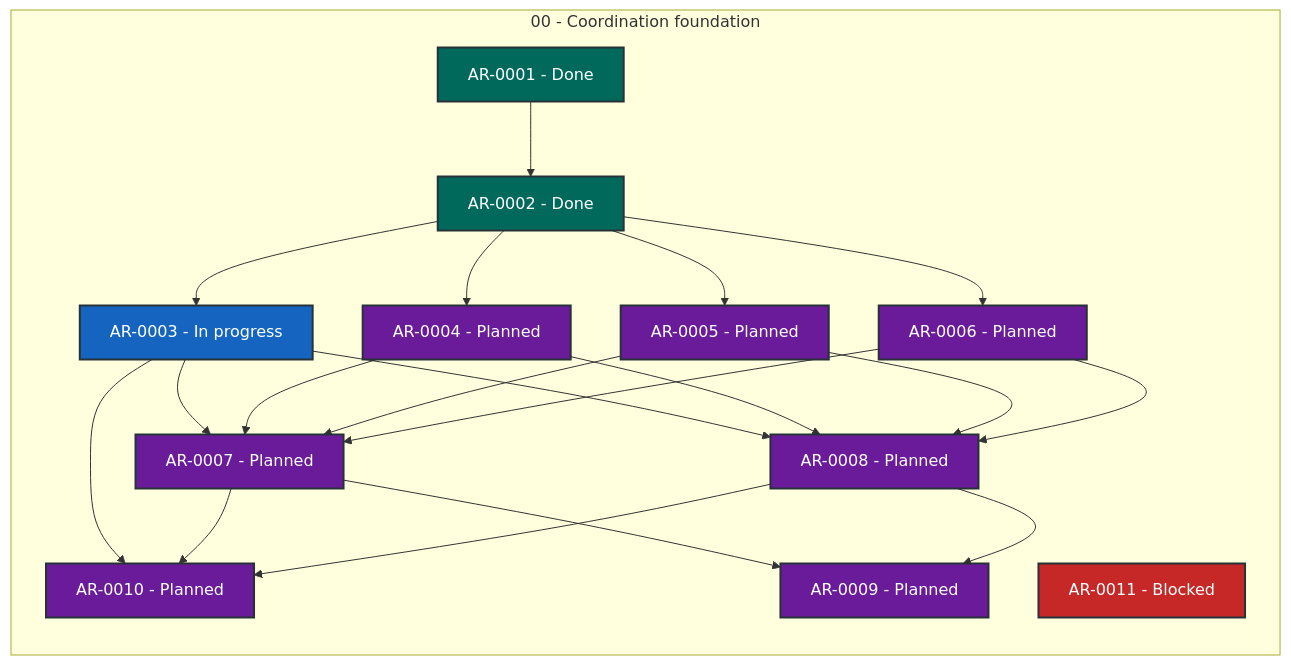
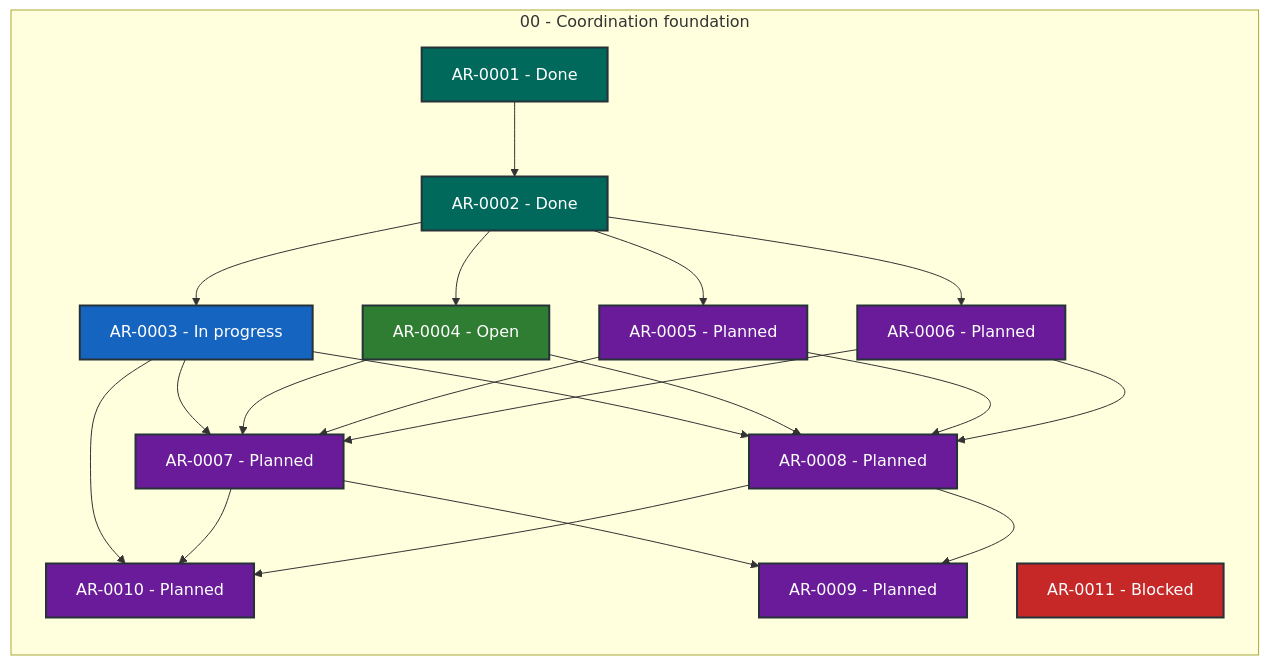
The diagram in STATUS.md (martin-beck/agent-workflow-coordinator-state), drawn with Mermaid before and after one commit. The commit also changed other lines of this file and 2 other files, not shown here.

````diff
--- a/STATUS.md
+++ b/STATUS.md
@@ -27,43 +27,43 @@
 ```mermaid
 flowchart LR
     subgraph series_00["00 - Coordination foundation"]
         direction TB
         AR_0001["AR-0001 - Done"]:::status_done
         AR_0002["AR-0002 - Done"]:::status_done
         AR_0003["AR-0003 - In progress"]:::status_in_progress
-        AR_0004["AR-0004 - Planned"]:::status_planned
+        AR_0004["AR-0004 - Open"]:::status_open
         AR_0005["AR-0005 - Planned"]:::status_planned
         AR_0006["AR-0006 - Planned"]:::status_planned
         AR_0007["AR-0007 - Planned"]:::status_planned
         AR_0008["AR-0008 - Planned"]:::status_planned
         AR_0009["AR-0009 - Planned"]:::status_planned
         AR_0010["AR-0010 - Planned"]:::status_planned
         AR_0011["AR-0011 - Blocked"]:::status_blocked
     end
     AR_0001 --> AR_0002
     AR_0002 --> AR_0003
     AR_0002 --> AR_0004
     AR_0002 --> AR_0005
     AR_0002 --> AR_0006
     AR_0003 --> AR_0007
     AR_0003 --> AR_0008
     AR_0003 --> AR_0010
     AR_0004 --> AR_0007
     AR_0004 --> AR_0008
     AR_0005 --> AR_0007
     AR_0005 --> AR_0008
     AR_0006 --> AR_0007
     AR_0006 --> AR_0008
     AR_0007 --> AR_0009
     AR_0007 --> AR_0010
     AR_0008 --> AR_0009
     AR_0008 --> AR_0010
     classDef status_in_progress fill:#1565c0,color:#ffffff,stroke:#263238,stroke-width:2px
     classDef status_open fill:#2e7d32,color:#ffffff,stroke:#263238,stroke-width:2px
     classDef status_blocked fill:#c62828,color:#ffffff,stroke:#263238,stroke-width:2px
     classDef status_planned fill:#6a1b9a,color:#ffffff,stroke:#263238,stroke-width:2px
     classDef status_future fill:#455a64,color:#ffffff,stroke:#263238,stroke-width:2px
     classDef status_done fill:#00695c,color:#ffffff,stroke:#263238,stroke-width:2px
     classDef status_cancelled fill:#616161,color:#ffffff,stroke:#263238,stroke-width:2px
     classDef status_superseded fill:#5d4037,color:#ffffff,stroke:#263238,stroke-width:2px
 ```
````
